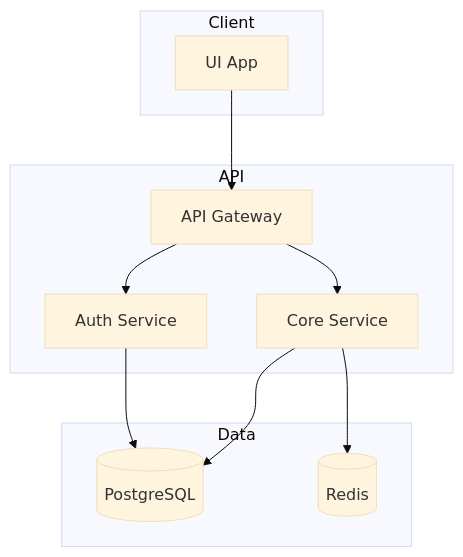
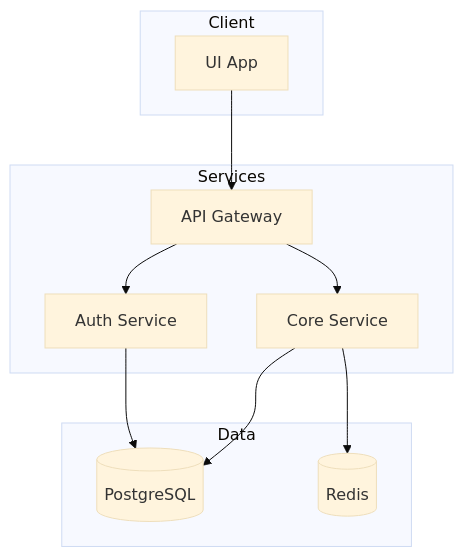
The second of 6 diagrams in commands/arch-diagram.md (Lyther/agent-surface), drawn with Mermaid (base theme) before and after one commit. The commit also changed other lines of this file and 3 other files, not shown here.

Commit message:
Refine architecture planning commands

````diff
--- a/commands/arch-diagram.md
+++ b/commands/arch-diagram.md
@@ -49,24 +113,22 @@
 ```mermaid
 flowchart TB
     subgraph Client
         UI[UI App]
     end
-
-    subgraph API
+    subgraph Services
         GW[API Gateway]
         Auth[Auth Service]
         Core[Core Service]
     end
-
     subgraph Data
         DB[(PostgreSQL)]
         Cache[(Redis)]
     end
 
     UI --> GW
     GW --> Auth
     GW --> Core
     Auth --> DB
     Core --> DB
     Core --> Cache
 ```
````
